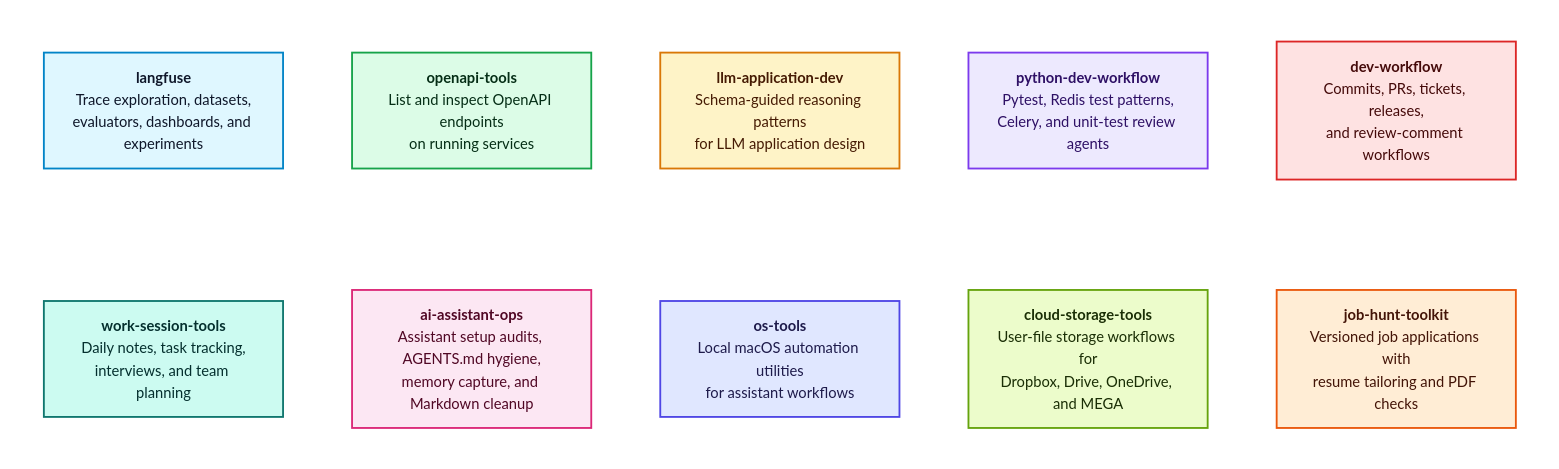
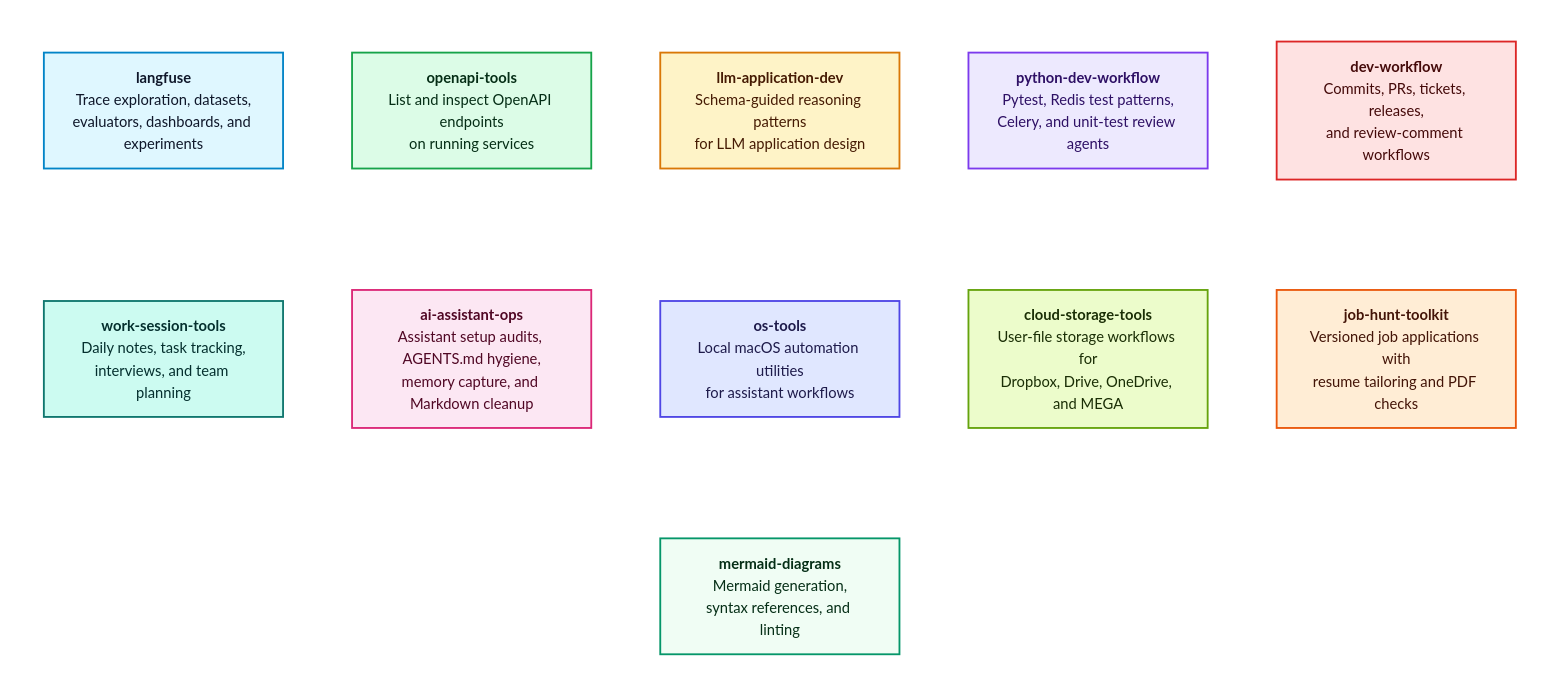
The diagram in README.md (Alex-Kopylov/zweihander), drawn with Mermaid before and after one commit. The commit also changed other lines of this file and 51 other files, not shown here.

Commit message:
feat: add mermaid diagrams plugin

````diff
--- a/README.md
+++ b/README.md
@@ -82,58 +82,68 @@
 ```mermaid
 flowchart TB
 
 subgraph RowOne[" "]
   direction LR
   Langfuse["`**langfuse**
   Trace exploration, datasets,
   evaluators, dashboards, and experiments`"]:::langfuse
   OpenAPITools["`**openapi-tools**
   List and inspect OpenAPI endpoints
   on running services`"]:::openapi
   LLMApplicationDev["`**llm-application-dev**
   Schema-guided reasoning patterns
   for LLM application design`"]:::llm
   PythonDevWorkflow["`**python-dev-workflow**
   Pytest, Redis test patterns,
   Celery, and unit-test review agents`"]:::python
   DevWorkflow["`**dev-workflow**
   Commits, PRs, tickets, releases,
   and review-comment workflows`"]:::dev
 end
 
 subgraph RowTwo[" "]
   direction LR
   WorkSessionTools["`**work-session-tools**
   Daily notes, task tracking,
   interviews, and team planning`"]:::session
   AIAssistantOps["`**ai-assistant-ops**
   Assistant setup audits, AGENTS.md hygiene,
   memory capture, and Markdown cleanup`"]:::ops
   OSTools["`**os-tools**
   Local macOS automation utilities
   for assistant workflows`"]:::os
   CloudStorageTools["`**cloud-storage-tools**
   User-file storage workflows for
   Dropbox, Drive, OneDrive, and MEGA`"]:::storage
   JobHuntToolkit["`**job-hunt-toolkit**
   Versioned job applications with
   resume tailoring and PDF checks`"]:::job
 end
 
+subgraph RowThree[" "]
+  direction LR
+  MermaidDiagrams["`**mermaid-diagrams**
+  Mermaid generation,
+  syntax references, and linting`"]:::mermaid
+end
+
 Langfuse ~~~ OpenAPITools ~~~ LLMApplicationDev ~~~ PythonDevWorkflow ~~~ DevWorkflow
 WorkSessionTools ~~~ AIAssistantOps ~~~ OSTools ~~~ CloudStorageTools ~~~ JobHuntToolkit
 RowOne ~~~ RowTwo
+RowTwo ~~~ RowThree
 
 classDef langfuse fill:#dff7ff,stroke:#0284c7,stroke-width:2px,color:#0f172a;
 classDef openapi fill:#dcfce7,stroke:#16a34a,stroke-width:2px,color:#052e16;
 classDef llm fill:#fef3c7,stroke:#d97706,stroke-width:2px,color:#451a03;
 classDef python fill:#ede9fe,stroke:#7c3aed,stroke-width:2px,color:#2e1065;
 classDef dev fill:#fee2e2,stroke:#dc2626,stroke-width:2px,color:#450a0a;
 classDef session fill:#ccfbf1,stroke:#0f766e,stroke-width:2px,color:#042f2e;
 classDef ops fill:#fce7f3,stroke:#db2777,stroke-width:2px,color:#500724;
 classDef os fill:#e0e7ff,stroke:#4f46e5,stroke-width:2px,color:#1e1b4b;
 classDef storage fill:#ecfccb,stroke:#65a30d,stroke-width:2px,color:#1a2e05;
 classDef job fill:#ffedd5,stroke:#ea580c,stroke-width:2px,color:#431407;
+classDef mermaid fill:#f0fdf4,stroke:#059669,stroke-width:2px,color:#052e16;
 style RowOne fill:transparent,stroke:transparent,color:transparent;
 style RowTwo fill:transparent,stroke:transparent,color:transparent;
+style RowThree fill:transparent,stroke:transparent,color:transparent;
 ```
````
